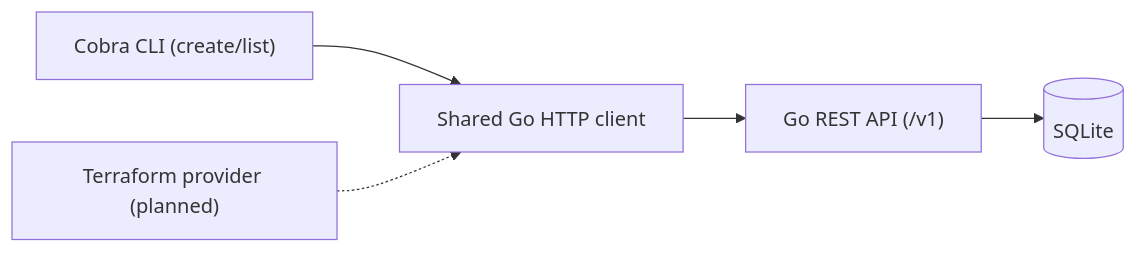
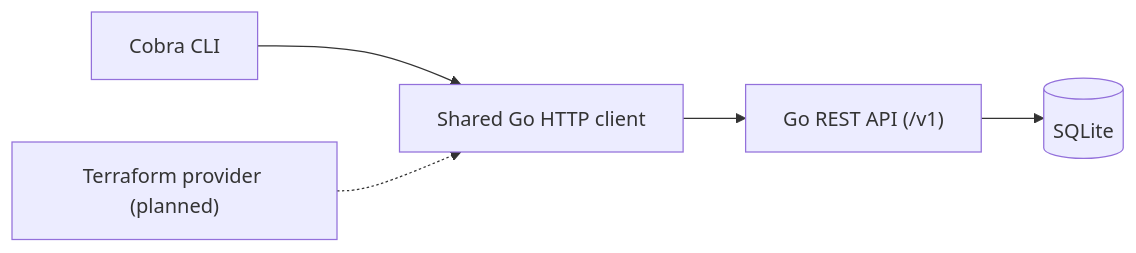
Before and after one commit to ahmedr1zwan/flagctl: the diagram in README.md, drawn with Mermaid. The commit also changed other lines of this file and 6 other files, not shown here.

````diff
--- a/README.md
+++ b/README.md
@@ -22,7 +21,7 @@
 ```mermaid
 flowchart LR
-    CLI["Cobra CLI (create/list)"] --> Client["Shared Go HTTP client"]
+    CLI["Cobra CLI"] --> Client["Shared Go HTTP client"]
     Terraform["Terraform provider (planned)"] -.-> Client
     Client --> API["Go REST API (/v1)"]
     API --> DB[(SQLite)]
 ```
````
